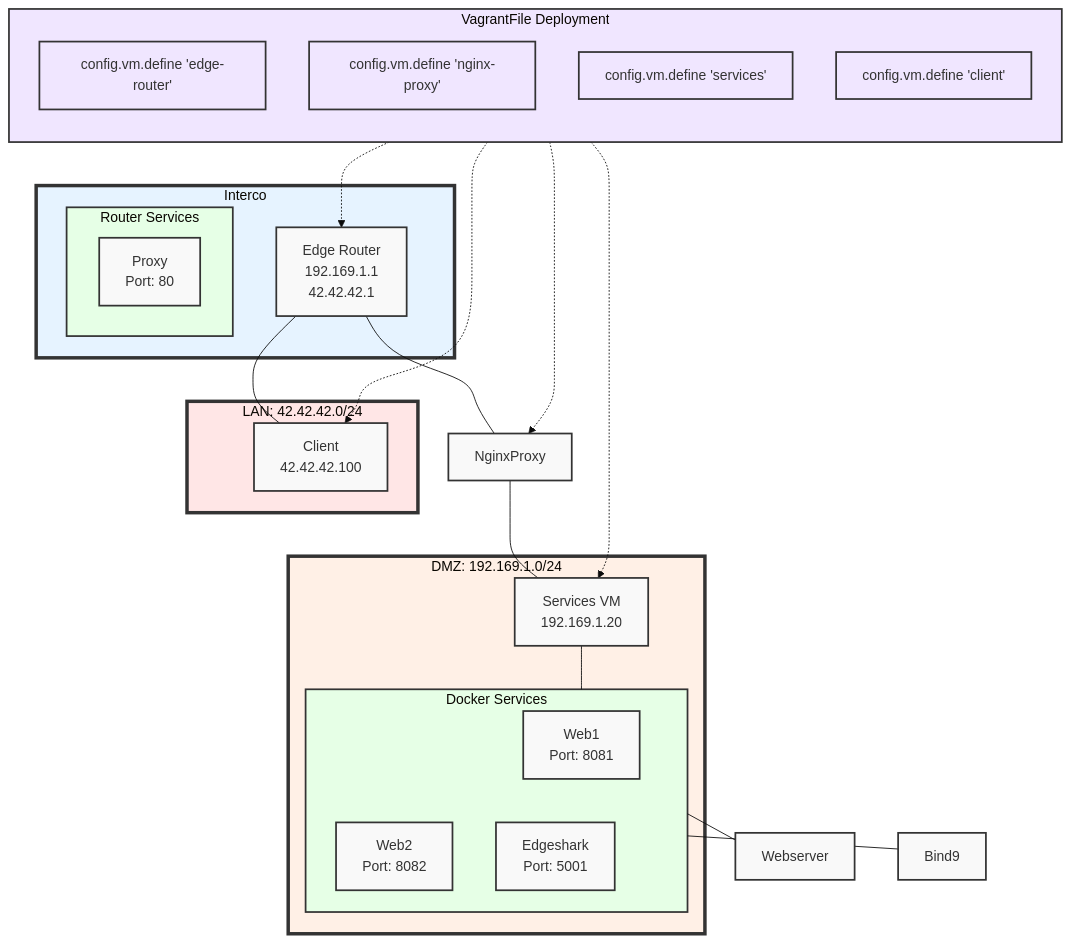
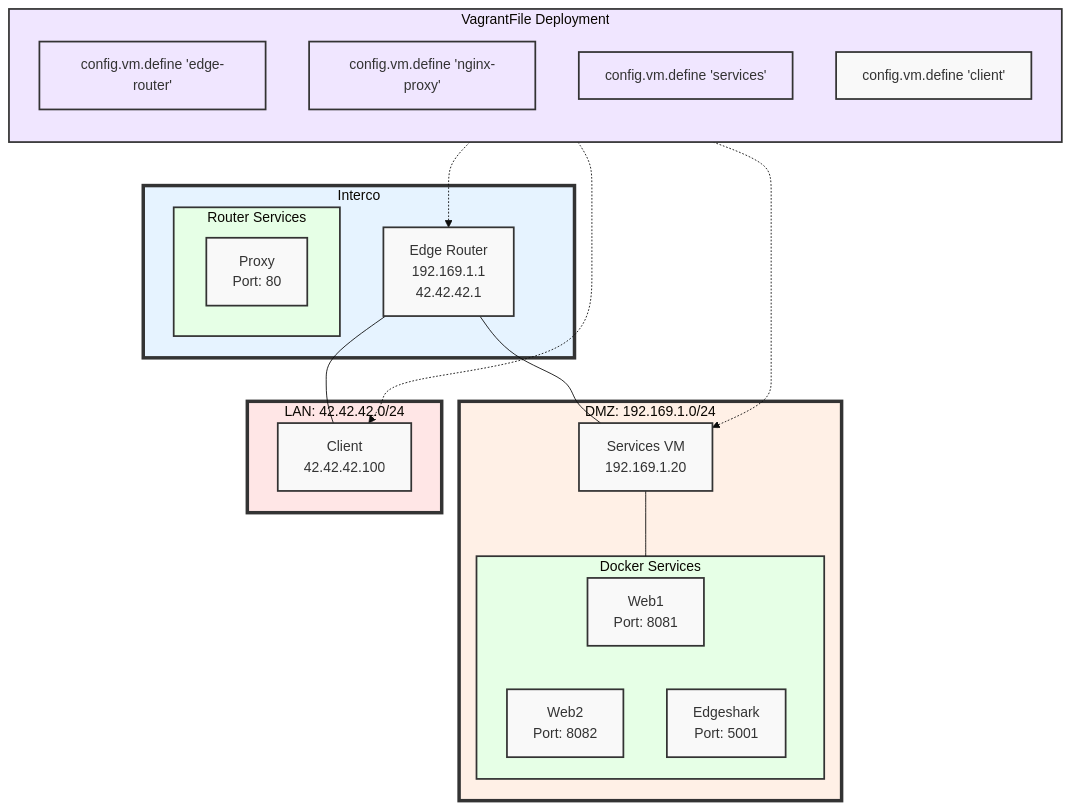
One commit to P4C-M4N/projet_reseau changed the diagram in README.md. Above: the diagram before and after it, drawn with Mermaid (base theme).

````diff
--- a/README.md
+++ b/README.md
@@ -41,51 +41,49 @@
 ```mermaid
 graph TD
     subgraph Interco[Interco]
         style Interco fill:#e6f3ff,stroke:#333,stroke-width:4px
         EdgeRouter[Edge Router<br>192.169.1.1<br>42.42.42.1]
         subgraph RouterServices[Router Services]
             style RouterServices fill:#e6ffe6,stroke:#333,stroke-width:2px
             NginxReverseProxy["Proxy<br>Port: 80"]
         end
     end
 
     subgraph DMZ[DMZ: 192.169.1.0/24]
         style DMZ fill:#fff0e6,stroke:#333,stroke-width:4px
         Services[Services VM<br>192.169.1.20]
         subgraph DockerServices[Docker Services]
             style DockerServices fill:#e6ffe6,stroke:#333,stroke-width:2px
             Web1["Web1<br>Port: 8081"]
             Web2["Web2<br>Port: 8082"]
             Edgeshark["Edgeshark<br>Port: 5001"]
         end
     end
 
     subgraph LAN[LAN: 42.42.42.0/24]
         style LAN fill:#ffe6e6,stroke:#333,stroke-width:4px
         Client[Client<br>42.42.42.100]
     end
 
     subgraph VagrantFile[VagrantFile Deployment]
         direction TB
         style VagrantFile fill:#f0e6ff,stroke:#333,stroke-width:2px
         VF1["config.vm.define 'edge-router'"]
         VF2["config.vm.define 'nginx-proxy'"]
         VF3["config.vm.define 'services'"]
         VF4["config.vm.define 'client'"]
     end
 
     Interco --- EdgeRouter
-    EdgeRouter --- NginxProxy
     EdgeRouter --- Client
-    NginxProxy --- Services
+    EdgeRouter --- Services
     Services --- DockerServices
-    DockerServices --- Web1 & Web2 & Webserver & Bind9 & Edgeshark
+    DockerServices --- Web1 & Web2 & Edgeshark
     VF1 -.-> EdgeRouter
-    VF2 -.-> NginxProxy
-    VF3 -.-> Services
-    VF4 -.-> Client
+    VF2 -.-> Services
+    VF3 -.-> Client
 
     classDef default fill:#f9f9f9,stroke:#333,stroke-width:2px;
     classDef vagrantFile fill:#f0e6ff,stroke:#333,stroke-width:2px;
-    class VF1,VF2,VF3,VF4 vagrantFile;
+    class VF1,VF2,VF3 vagrantFile;
 ```
````
